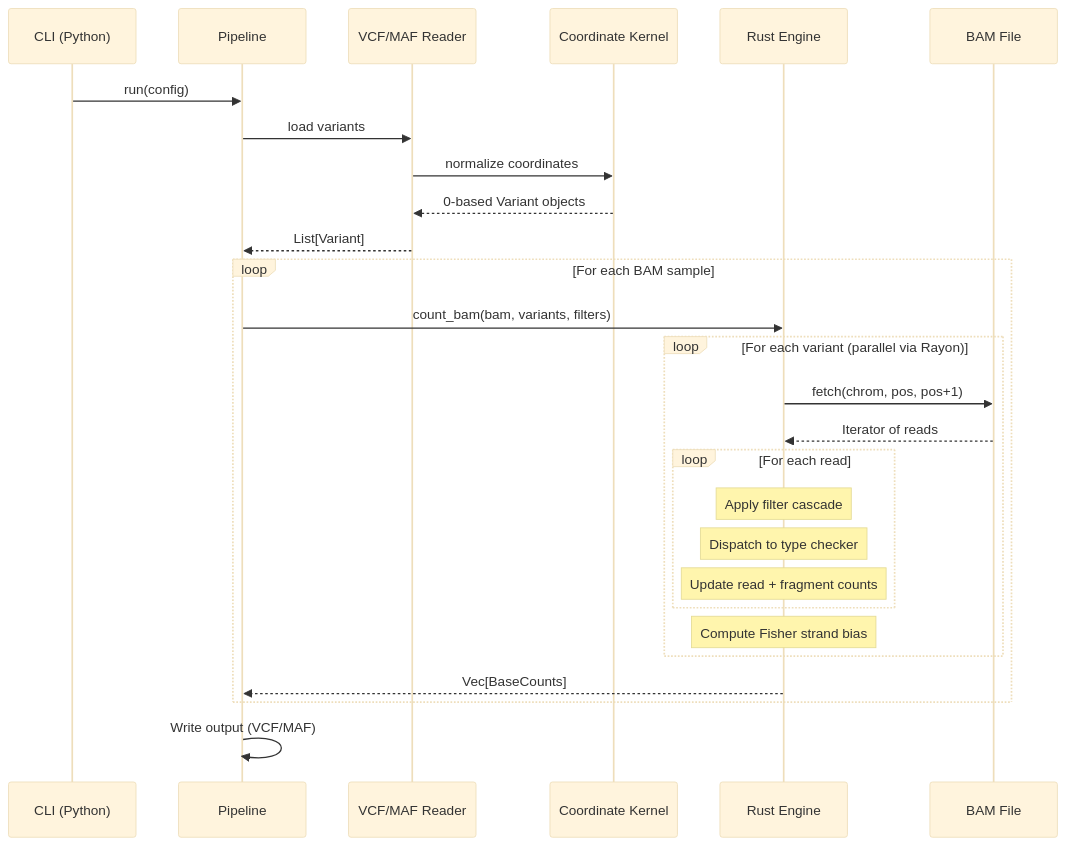
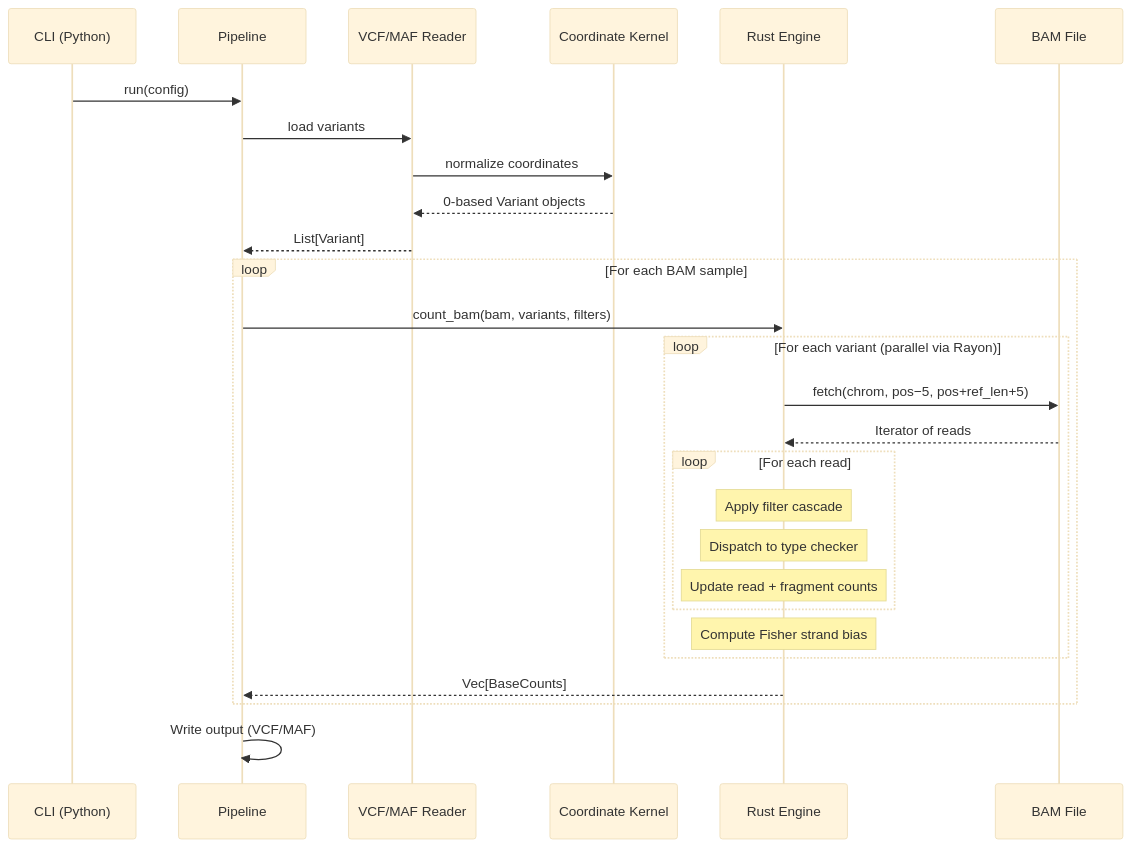
The fifth of 5 diagrams in docs/reference/architecture.md (msk-access/py-gbcms), drawn with Mermaid (base theme) before and after one commit. The commit also changed 17 other files, not shown here.

````diff
--- a/docs/reference/architecture.md
+++ b/docs/reference/architecture.md
@@ -158,32 +158,32 @@
 ```mermaid
 sequenceDiagram
     participant CLI as CLI (Python)
     participant Pipeline as Pipeline
     participant Reader as VCF/MAF Reader
     participant Kernel as Coordinate Kernel
     participant Rust as Rust Engine
     participant BAM as BAM File
 
     CLI->>Pipeline: run(config)
     Pipeline->>Reader: load variants
     Reader->>Kernel: normalize coordinates
     Kernel-->>Reader: 0-based Variant objects
     Reader-->>Pipeline: List[Variant]
 
     loop For each BAM sample
         Pipeline->>Rust: count_bam(bam, variants, filters)
         loop For each variant (parallel via Rayon)
-            Rust->>BAM: fetch(chrom, pos, pos+1)
+            Rust->>BAM: fetch(chrom, pos−5, pos+ref_len+5)
             BAM-->>Rust: Iterator of reads
             loop For each read
                 Note over Rust: Apply filter cascade
                 Note over Rust: Dispatch to type checker
                 Note over Rust: Update read + fragment counts
             end
             Note over Rust: Compute Fisher strand bias
         end
         Rust-->>Pipeline: Vec[BaseCounts]
     end
 
     Pipeline->>Pipeline: Write output (VCF/MAF)
 ```
````
